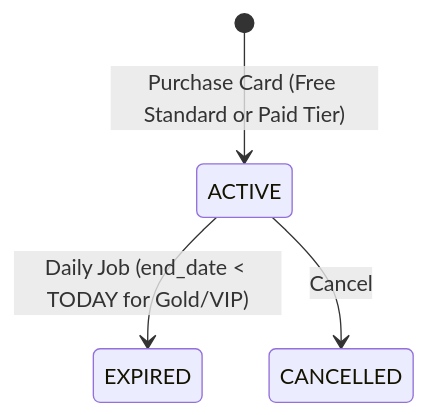
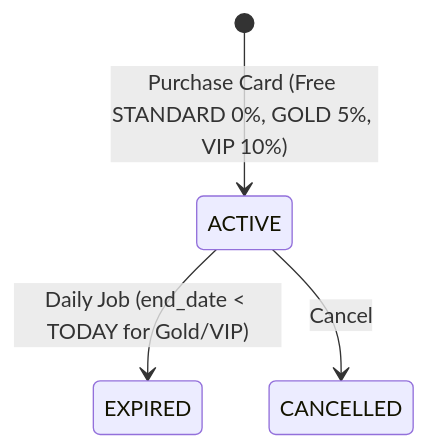
Before and after one commit to senko-do-thingz/G3-SportCentreManagement: the second of 10 diagrams in docs/database/09-business-rules-and-state-machines.md, drawn with Mermaid. The commit also changed other lines of this file and 5 other files, not shown here.

````diff
--- a/docs/database/09-business-rules-and-state-machines.md
+++ b/docs/database/09-business-rules-and-state-machines.md
@@ -20,6 +21,6 @@
 ```mermaid
 stateDiagram-v2
-    [*] --> ACTIVE : Purchase Card (Free Standard or Paid Tier)
+    [*] --> ACTIVE : Purchase Card (Free STANDARD 0%, GOLD 5%, VIP 10%)
     ACTIVE --> EXPIRED : Daily Job (end_date < TODAY for Gold/VIP)
     ACTIVE --> CANCELLED : Cancel
 ```
````
